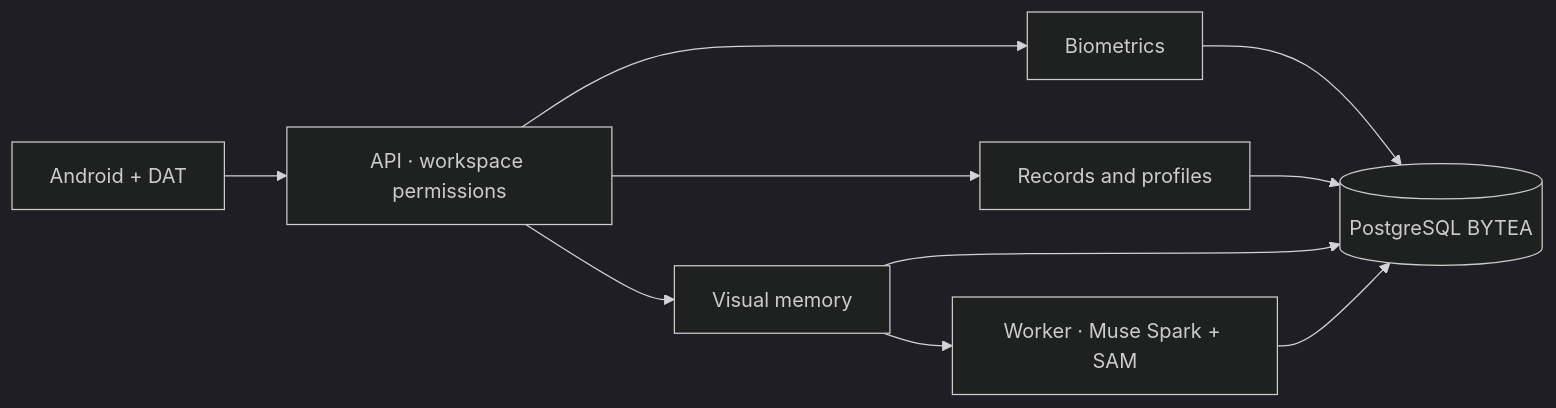
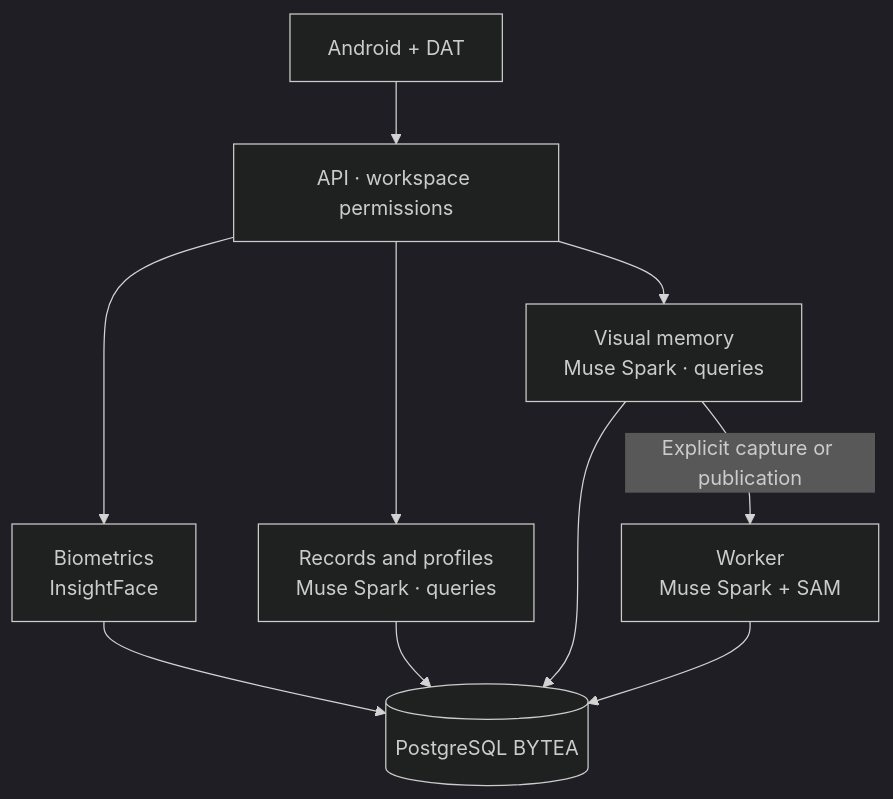
One commit to Luxisoft/realityos-spatial-memory changed the diagram in README.md. Above: the diagram before and after it, drawn with Mermaid (dark theme). The commit also changed other lines of this file and 5 other files, not shown here.

Commit message:
docs: show AI roles across biometrics records and visual memory

````diff
--- a/README.md
+++ b/README.md
@@ -72,12 +72,12 @@
 ```mermaid
-flowchart LR
-    A[Android + DAT] --> B[API · workspace permissions]
-    B --> C[Biometrics]
-    B --> D[Records and profiles]
-    B --> E[Visual memory]
+flowchart TB
+    A["Android + DAT"] --> B["API · workspace permissions"]
+    B --> C["Biometrics<br/>InsightFace"]
+    B --> D["Records and profiles<br/>Muse Spark · queries"]
+    B --> E["Visual memory<br/>Muse Spark · queries"]
     C --> F[(PostgreSQL BYTEA)]
     D --> F
     E --> F
-    E --> G[Worker · Muse Spark + SAM]
+    E -->|Explicit capture or publication| G["Worker<br/>Muse Spark + SAM"]
     G --> F
 ```
````
